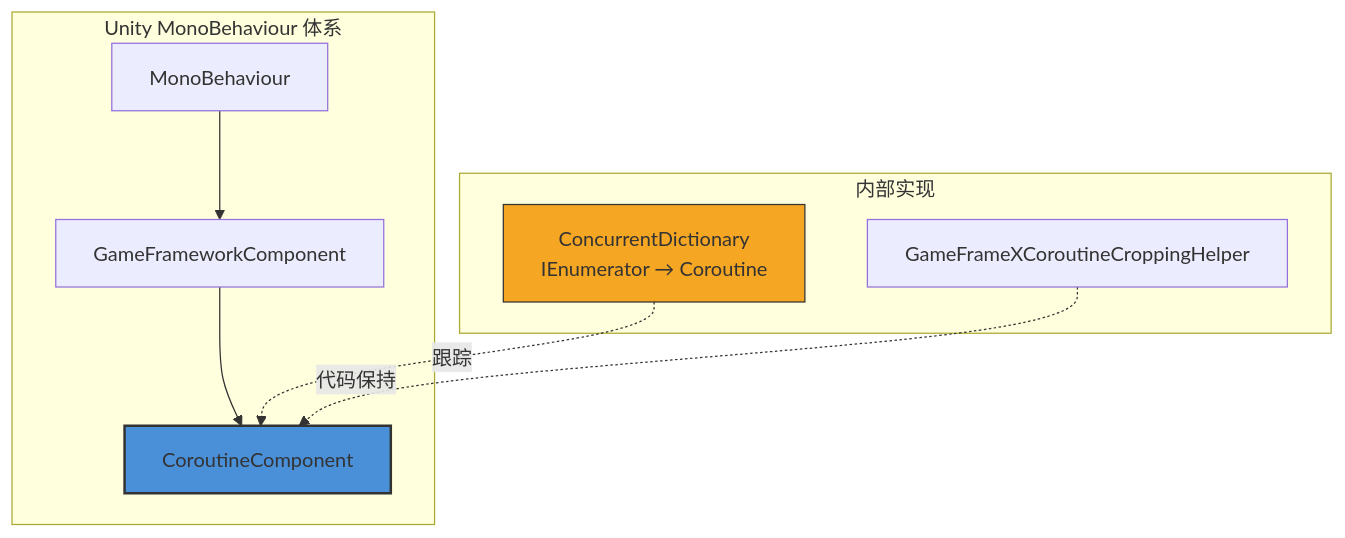
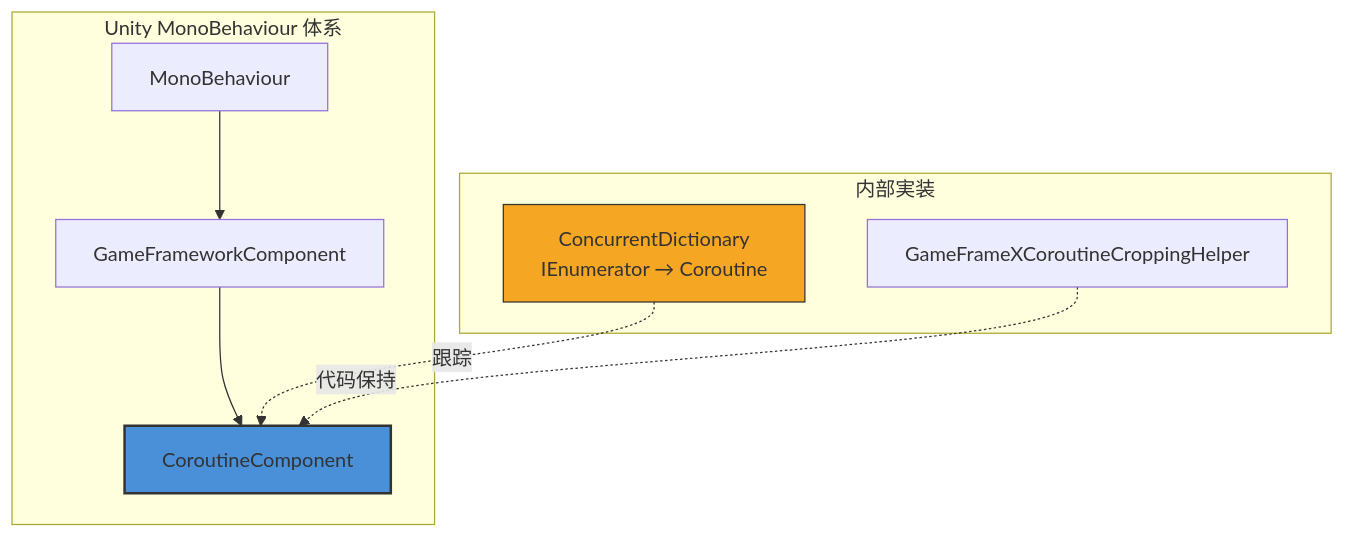
One commit to AlianBlank/GameFrameX.Docs changed the diagram in docs/ja/client/unity/component/coroutine/04.coroutine-component.md. Above: the diagram before and after it, drawn with Mermaid. The commit also changed other lines of this file and 603 other files, not shown here.

````diff
--- a/docs/ja/client/unity/component/coroutine/04.coroutine-component.md
+++ b/docs/ja/client/unity/component/coroutine/04.coroutine-component.md
@@ -18,21 +18,21 @@
 ```mermaid
 graph TD
     subgraph Unity_MonoBehaviour["Unity MonoBehaviour 体系"]
         MB[MonoBehaviour]
         GFC[GameFrameworkComponent]
         CC[CoroutineComponent]
     end
     
-    subgraph Internal["内部实现"]
+    subgraph Internal["内部実装"]
         Dict[ConcurrentDictionary<br/>IEnumerator → Coroutine]
         Helper[GameFrameXCoroutineCroppingHelper]
     end
     
     MB --> GFC
     GFC --> CC
     Dict -.->|跟踪| CC
     Helper -.->|代码保持| CC
     
     style CC fill:#4a90d9,stroke:#333,stroke-width:2px
     style Dict fill:#f5a623,stroke:#333,stroke-width:1px
 ```
````
